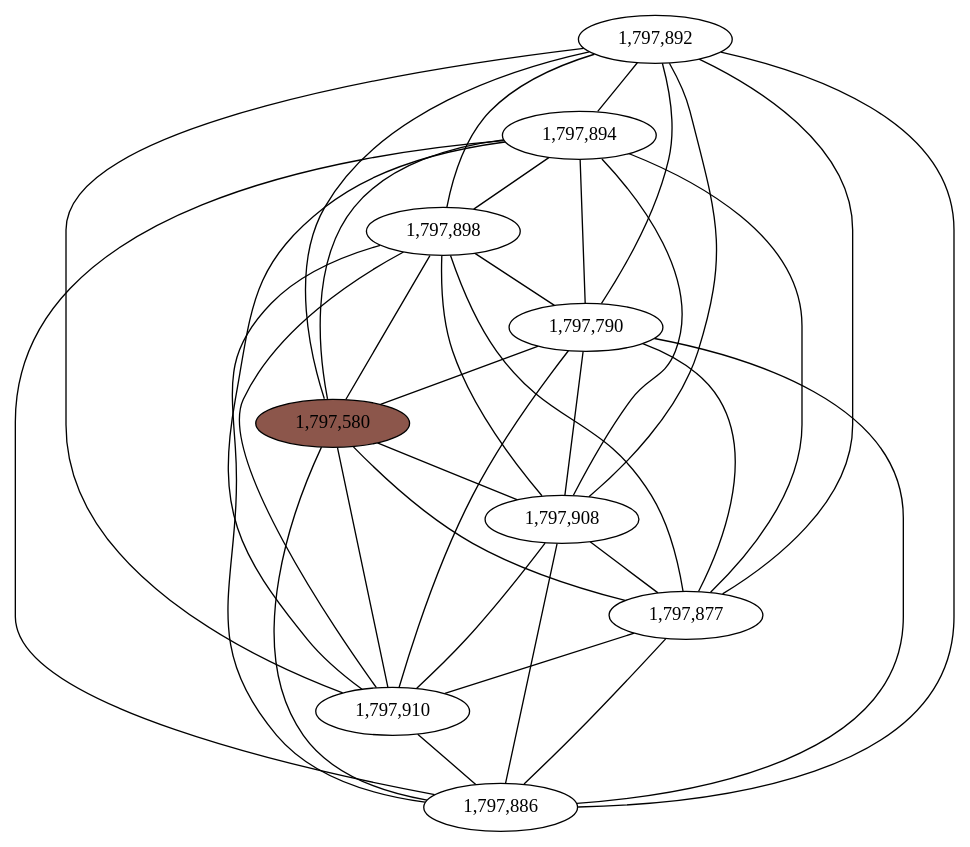
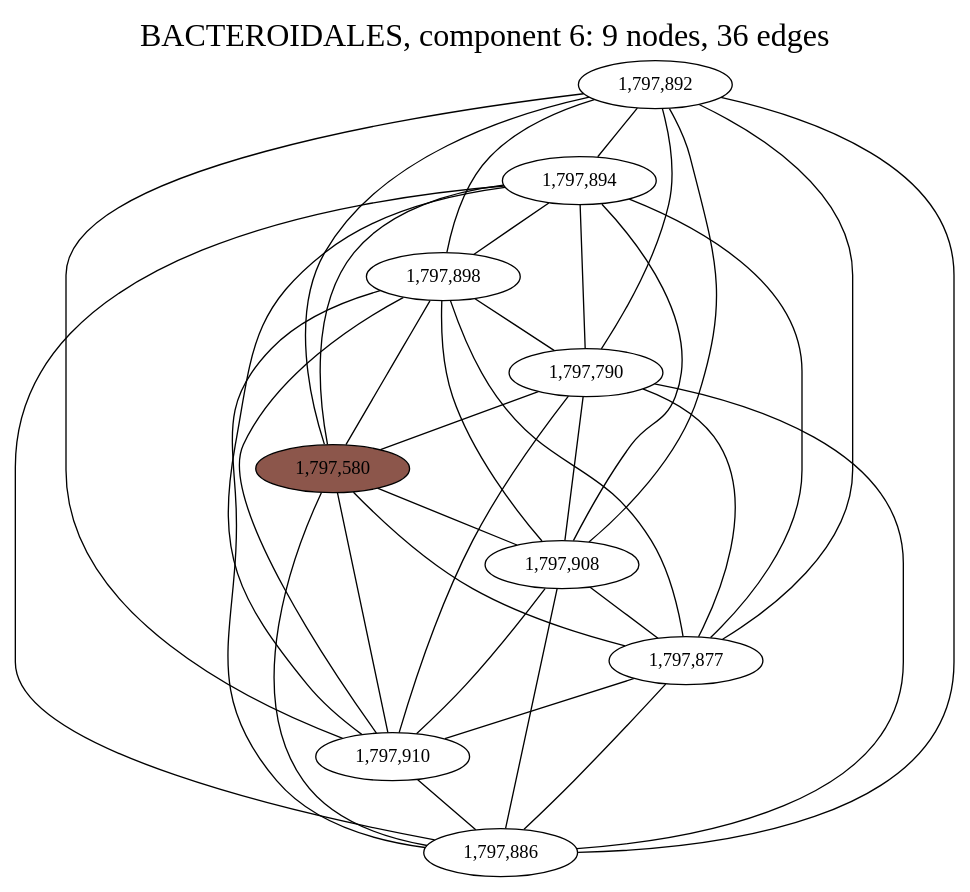
One commit to fedarko/sheepgut changed the diagram in notebooks/graphs/BACTEROIDALES_cc6.gv. Above: the diagram before and after it, drawn with Graphviz. The commit also changed 60 other files, not shown here.

```diff
--- a/notebooks/graphs/BACTEROIDALES_cc6.gv
+++ b/notebooks/graphs/BACTEROIDALES_cc6.gv
@@ -1,49 +1,52 @@
 graph BACTEROIDALES_cc6 {
 	overlap="prism50";
 	outputorder="edgesfirst";
+	label="BACTEROIDALES, component 6: 9 nodes, 36 edges";
+	labelloc="t";
+	fontsize=24;
 	"1,797,892" [style="filled", fillcolor="#ffffff", fontcolor="#000000"];
 	"1,797,894" [style="filled", fillcolor="#ffffff", fontcolor="#000000"];
 	"1,797,898" [style="filled", fillcolor="#ffffff", fontcolor="#000000"];
 	"1,797,790" [style="filled", fillcolor="#ffffff", fontcolor="#000000"];
 	"1,797,580" [style="filled", fillcolor="#8c564b", fontcolor="#000000"];
 	"1,797,908" [style="filled", fillcolor="#ffffff", fontcolor="#000000"];
 	"1,797,877" [style="filled", fillcolor="#ffffff", fontcolor="#000000"];
 	"1,797,910" [style="filled", fillcolor="#ffffff", fontcolor="#000000"];
 	"1,797,886" [style="filled", fillcolor="#ffffff", fontcolor="#000000"];
 	"1,797,892" -- "1,797,580";
 	"1,797,892" -- "1,797,790";
 	"1,797,892" -- "1,797,877";
 	"1,797,892" -- "1,797,886";
 	"1,797,892" -- "1,797,894";
 	"1,797,892" -- "1,797,898";
 	"1,797,892" -- "1,797,908";
 	"1,797,892" -- "1,797,910";
 	"1,797,894" -- "1,797,580";
 	"1,797,894" -- "1,797,790";
 	"1,797,894" -- "1,797,877";
 	"1,797,894" -- "1,797,886";
 	"1,797,894" -- "1,797,898";
 	"1,797,894" -- "1,797,908";
 	"1,797,894" -- "1,797,910";
 	"1,797,898" -- "1,797,580";
 	"1,797,898" -- "1,797,790";
 	"1,797,898" -- "1,797,877";
 	"1,797,898" -- "1,797,886";
 	"1,797,898" -- "1,797,908";
 	"1,797,898" -- "1,797,910";
 	"1,797,790" -- "1,797,580";
 	"1,797,790" -- "1,797,877";
 	"1,797,790" -- "1,797,886";
 	"1,797,790" -- "1,797,908";
 	"1,797,790" -- "1,797,910";
 	"1,797,580" -- "1,797,877";
 	"1,797,580" -- "1,797,886";
 	"1,797,580" -- "1,797,908";
 	"1,797,580" -- "1,797,910";
 	"1,797,908" -- "1,797,877";
 	"1,797,908" -- "1,797,886";
 	"1,797,908" -- "1,797,910";
 	"1,797,877" -- "1,797,886";
 	"1,797,877" -- "1,797,910";
 	"1,797,910" -- "1,797,886";
 }
```
